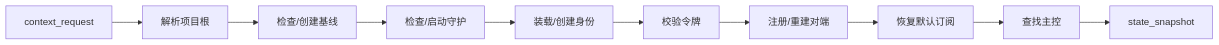
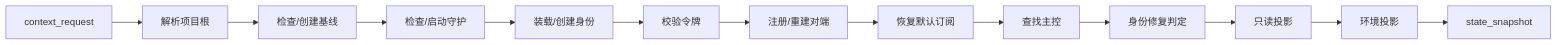
The second of 2 diagrams in docs/collab-context-state-machine.md (Jasonzhangf/appsdk), drawn with Mermaid before and after one commit. The commit also changed other lines of this file and 3 other files, not shown here.

````diff
--- a/docs/collab-context-state-machine.md
+++ b/docs/collab-context-state-machine.md
@@ -141,12 +141,15 @@
 ```mermaid
 flowchart LR
     S[context_request] --> R[解析项目根]
     R --> B[检查/创建基线]
     B --> D[检查/启动守护]
     D --> I[装载/创建身份]
     I --> V[校验令牌]
     V --> G[注册/重建对端]
     G --> N[恢复默认订阅]
     N --> M[查找主控]
-    M --> O[state_snapshot]
+    M --> U[身份修复判定]
+    U --> P[只读投影]
+    P --> E[环境投影]
+    E --> O[state_snapshot]
 ```
````
